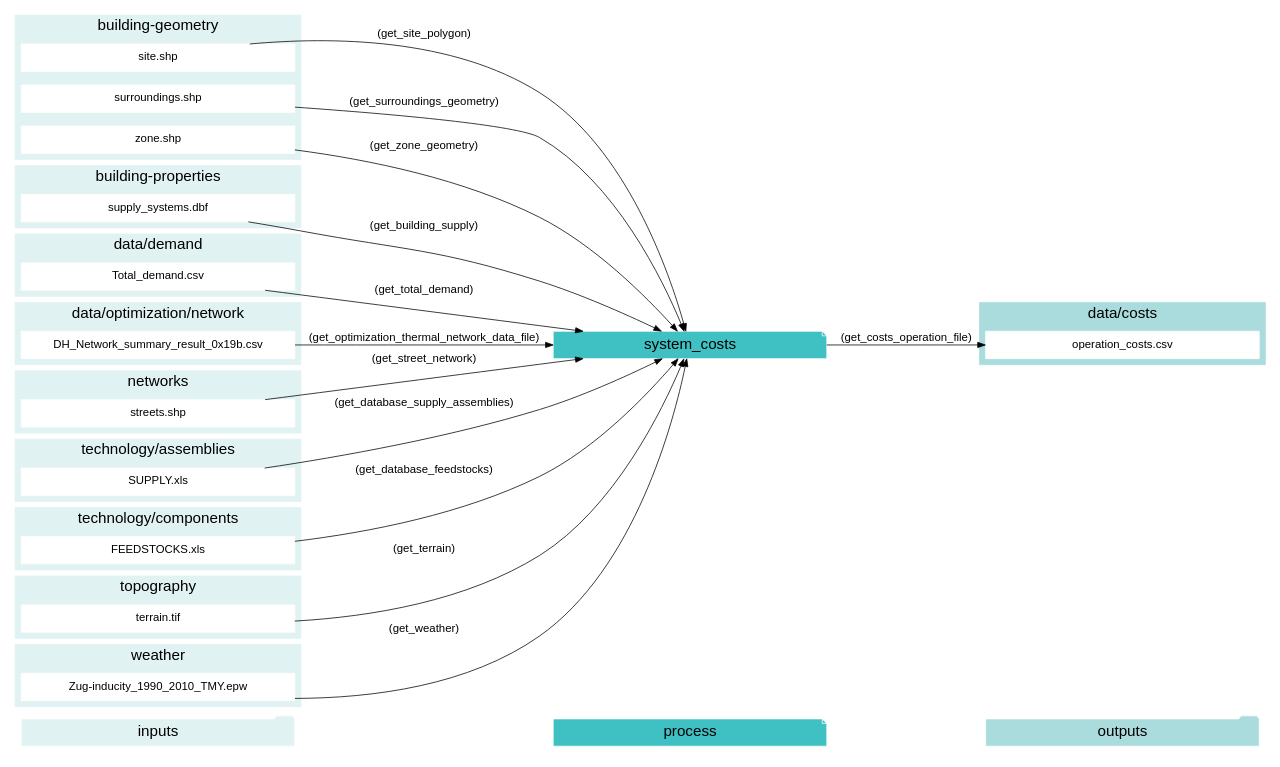
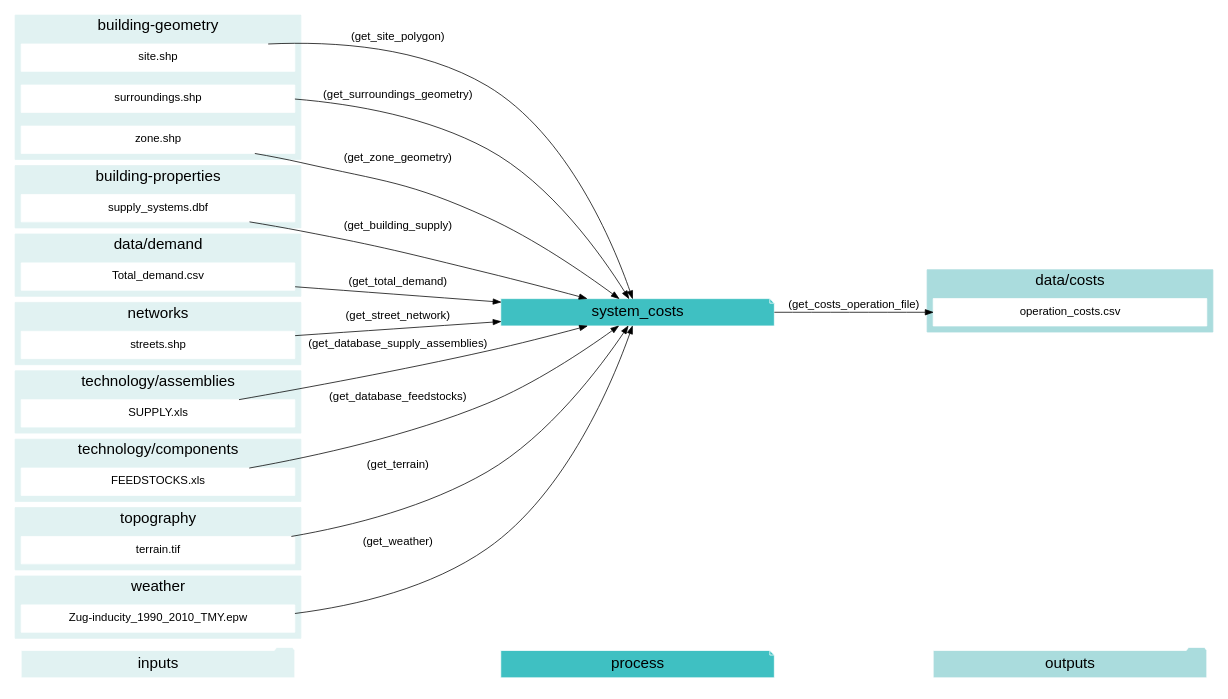
One commit to architecture-building-systems/CityEnergyAnalyst changed the diagram in docs/graphviz/system_costs.gv. Above: the diagram before and after it, drawn with Graphviz. The commit also changed 25 other files, not shown here.

Commit message:
working on the graphviz output

```diff
--- a/docs/graphviz/system_costs.gv
+++ b/docs/graphviz/system_costs.gv
@@ -1,111 +1,102 @@
 digraph trace_inputlocator {
     rankdir="LR";
     graph [overlap=false, fontname=arial];
     node [shape=box, style=filled, color=white, fontsize=15, fontname=arial, fixedsize=true, width=5];
     edge [fontname=arial, fontsize = 15]
     newrank=true
     subgraph cluster_legend {
     fontsize=25
     style=invis
     "process"[style=filled, fillcolor="#3FC0C2", shape=note, fontsize=20, fontname="arial"]
     "inputs" [style=filled, shape=folder, color=white, fillcolor="#E1F2F2", fontsize=20]
     "outputs"[style=filled, shape=folder, color=white, fillcolor="#aadcdd", fontsize=20]
     "inputs"->"process"[style=invis]
     "process"->"outputs"[style=invis]
     }
     "system_costs"[style=filled, color=white, fillcolor="#3FC0C2", shape=note, fontsize=20, fontname=arial];
     subgraph cluster_0_in {
         style = filled;
         color = "#E1F2F2";
         fontsize = 20;
         rank=same;
         label="building-geometry";
         "site.shp"
         "surroundings.shp"
         "zone.shp"
     }
     subgraph cluster_1_in {
         style = filled;
         color = "#E1F2F2";
         fontsize = 20;
         rank=same;
         label="building-properties";
         "supply_systems.dbf"
     }
     subgraph cluster_2_out {
         style = filled;
         color = "#aadcdd";
         fontsize = 20;
         rank=same;
         label="data/costs";
         "operation_costs.csv"
     }
     subgraph cluster_3_in {
         style = filled;
         color = "#E1F2F2";
         fontsize = 20;
         rank=same;
         label="data/demand";
         "Total_demand.csv"
     }
     subgraph cluster_4_in {
         style = filled;
         color = "#E1F2F2";
         fontsize = 20;
         rank=same;
-        label="data/optimization/network";
-        "DH_Network_summary_result_0x19b.csv"
-    }
-    subgraph cluster_5_in {
-        style = filled;
-        color = "#E1F2F2";
-        fontsize = 20;
-        rank=same;
         label="networks";
         "streets.shp"
     }
-    subgraph cluster_6_in {
+    subgraph cluster_5_in {
         style = filled;
         color = "#E1F2F2";
         fontsize = 20;
         rank=same;
         label="technology/assemblies";
         "SUPPLY.xls"
     }
-    subgraph cluster_7_in {
+    subgraph cluster_6_in {
         style = filled;
         color = "#E1F2F2";
         fontsize = 20;
         rank=same;
         label="technology/components";
         "FEEDSTOCKS.xls"
     }
-    subgraph cluster_8_in {
+    subgraph cluster_7_in {
         style = filled;
         color = "#E1F2F2";
         fontsize = 20;
         rank=same;
         label="topography";
         "terrain.tif"
     }
-    subgraph cluster_9_in {
+    subgraph cluster_8_in {
         style = filled;
         color = "#E1F2F2";
         fontsize = 20;
         rank=same;
         label="weather";
         "Zug-inducity_1990_2010_TMY.epw"
     }
     "supply_systems.dbf" -> "system_costs"[label="(get_building_supply)"]
     "FEEDSTOCKS.xls" -> "system_costs"[label="(get_database_feedstocks)"]
     "SUPPLY.xls" -> "system_costs"[label="(get_database_supply_assemblies)"]
-    "DH_Network_summary_result_0x19b.csv" -> "system_costs"[label="(get_optimization_thermal_network_data_file)"]
     "site.shp" -> "system_costs"[label="(get_site_polygon)"]
     "streets.shp" -> "system_costs"[label="(get_street_network)"]
     "surroundings.shp" -> "system_costs"[label="(get_surroundings_geometry)"]
     "terrain.tif" -> "system_costs"[label="(get_terrain)"]
     "Total_demand.csv" -> "system_costs"[label="(get_total_demand)"]
     "Zug-inducity_1990_2010_TMY.epw" -> "system_costs"[label="(get_weather)"]
     "zone.shp" -> "system_costs"[label="(get_zone_geometry)"]
     "system_costs" -> "operation_costs.csv"[label="(get_costs_operation_file)"]
     }
```
